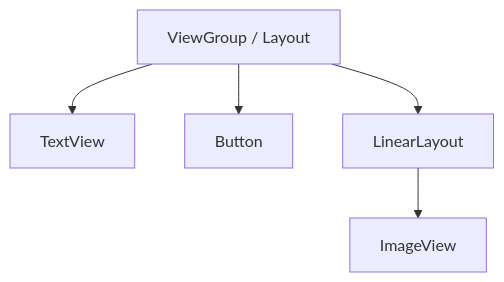
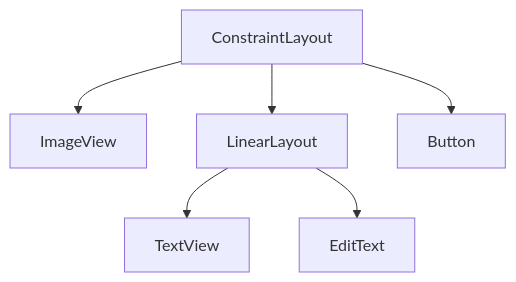
The diagram in docs/slides/src/slide-05.md (ricardotecpro/ads_mod_11_qualidade_e_testes_de_software), drawn with Mermaid before and after one commit. The commit also changed other lines of this file and 186 other files, not shown here.

````diff
--- a/docs/slides/src/slide-05.md
+++ b/docs/slides/src/slide-05.md
@@ -11,7 +34,8 @@
 ```mermaid
 graph TD
-    Root[ViewGroup / Layout] --> Child1[TextView]
-    Root --> Child2[Button]
-    Root --> InnerVG[LinearLayout]
-    InnerVG --> GrandChild[ImageView]
+    A[ConstraintLayout] --> B[ImageView]
+    A --> C[LinearLayout]
+    C --> D[TextView]
+    C --> E[EditText]
+    A --> F[Button]
 ```
````
